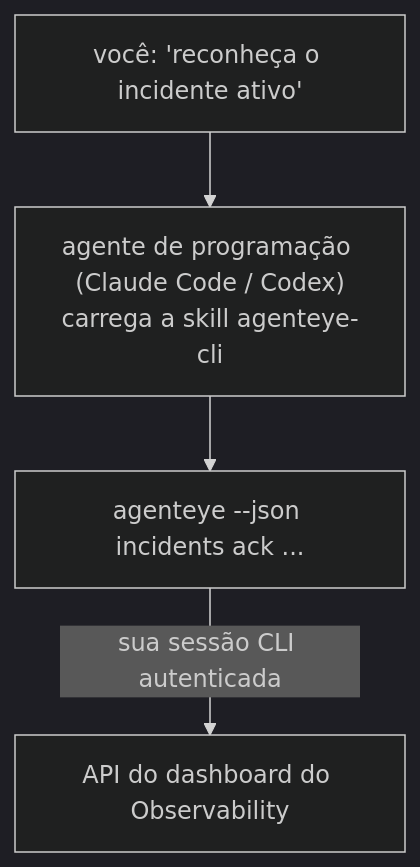
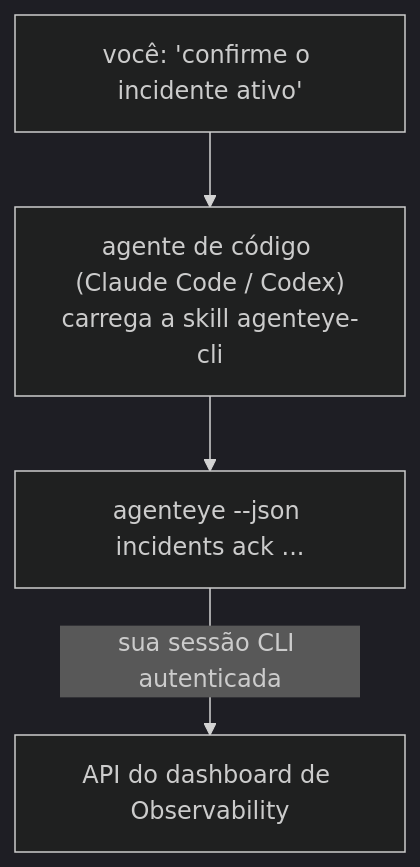
The diagram in docs/pt-br/agenteye/cli-skill.mdx (FailproofAI/failproofai), drawn with Mermaid (dark theme) before and after one commit. The commit also changed other lines of this file and 650 other files, not shown here.

````diff
--- a/docs/pt-br/agenteye/cli-skill.mdx
+++ b/docs/pt-br/agenteye/cli-skill.mdx
@@ -28,6 +28,6 @@
 ```mermaid
 flowchart TD
-    YOU["você: 'reconheça o incidente ativo'"] --> AGENT["agente de programação (Claude Code / Codex)<br/>carrega a skill agenteye-cli"]
+    YOU["você: 'confirme o incidente ativo'"] --> AGENT["agente de código (Claude Code / Codex)<br/>carrega a skill agenteye-cli"]
     AGENT --> CLI["agenteye --json incidents ack ..."]
-    CLI -->|sua sessão CLI autenticada| API["API do dashboard do Observability"]
+    CLI -->|sua sessão CLI autenticada| API["API do dashboard de Observability"]
 ```
````
